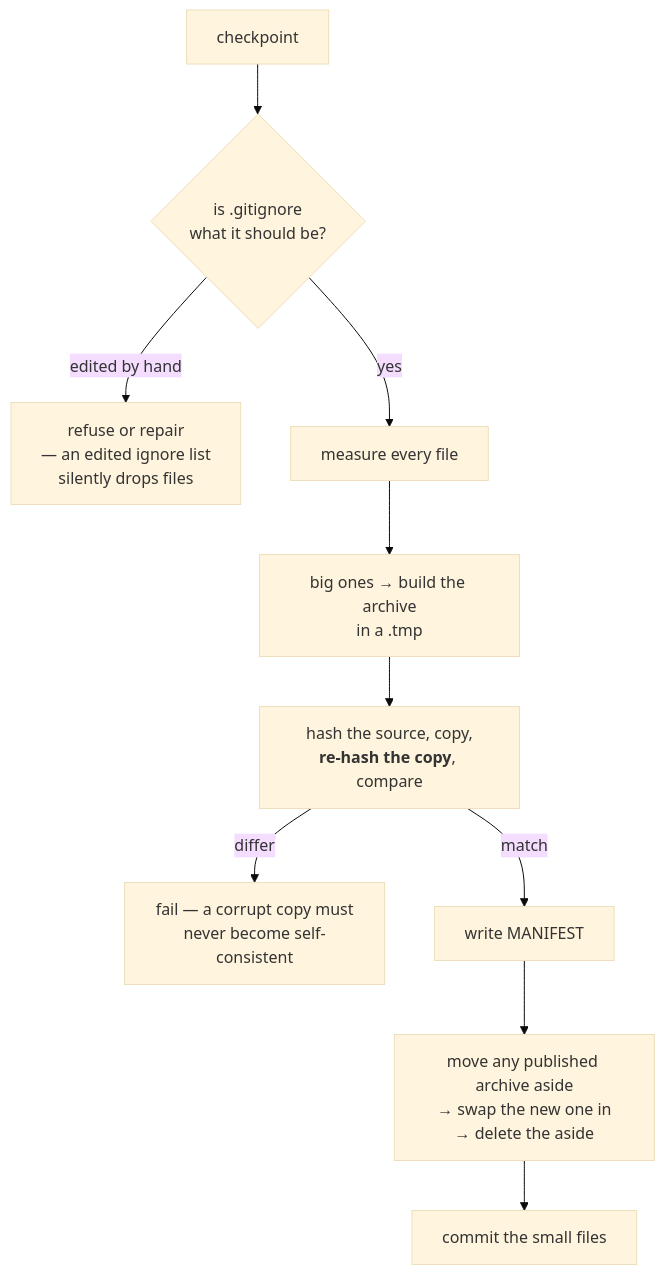
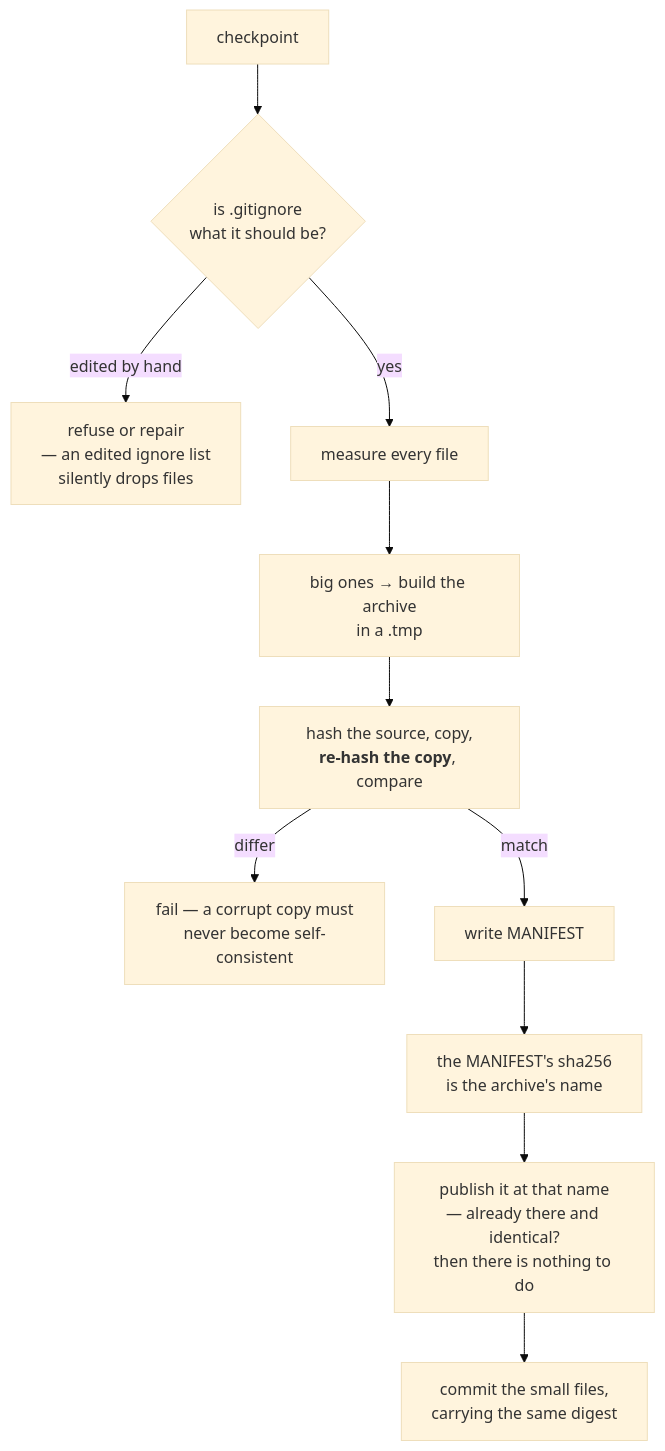
Before and after one commit to Qing-LAB/molbuilder: the second of 3 diagrams in docs/execution/checkpointing.md, drawn with Mermaid (base theme). The commit also changed other lines of this file, not shown here.

First line of the commit message:
docs(checkpoint): decide the four open items -- and name the archive by its content

````diff
--- a/docs/execution/checkpointing.md
+++ b/docs/execution/checkpointing.md
@@ -223,12 +245,13 @@
 ```mermaid
 flowchart TB
     S["checkpoint"] --> R{"is .gitignore<br/>what it should be?"}
     R -->|"edited by hand"| STOP1["refuse or repair<br/>— an edited ignore list<br/>silently drops files"]
     R -->|"yes"| M["measure every file"]
     M --> B["big ones → build the archive<br/>in a .tmp"]
     B --> V["hash the source, copy,<br/><b>re-hash the copy</b>, compare"]
     V -->|"differ"| STOP2["fail — a corrupt copy must<br/>never become self-consistent"]
     V -->|"match"| W["write MANIFEST"]
-    W --> SW["move any published archive aside<br/>→ swap the new one in<br/>→ delete the aside"]
-    SW --> C["commit the small files"]
+    W --> D["the MANIFEST's sha256<br/>is the archive's name"]
+    D --> SW["publish it at that name<br/>— already there and identical?<br/>then there is nothing to do"]
+    SW --> C["commit the small files,<br/>carrying the same digest"]
 ```
````
